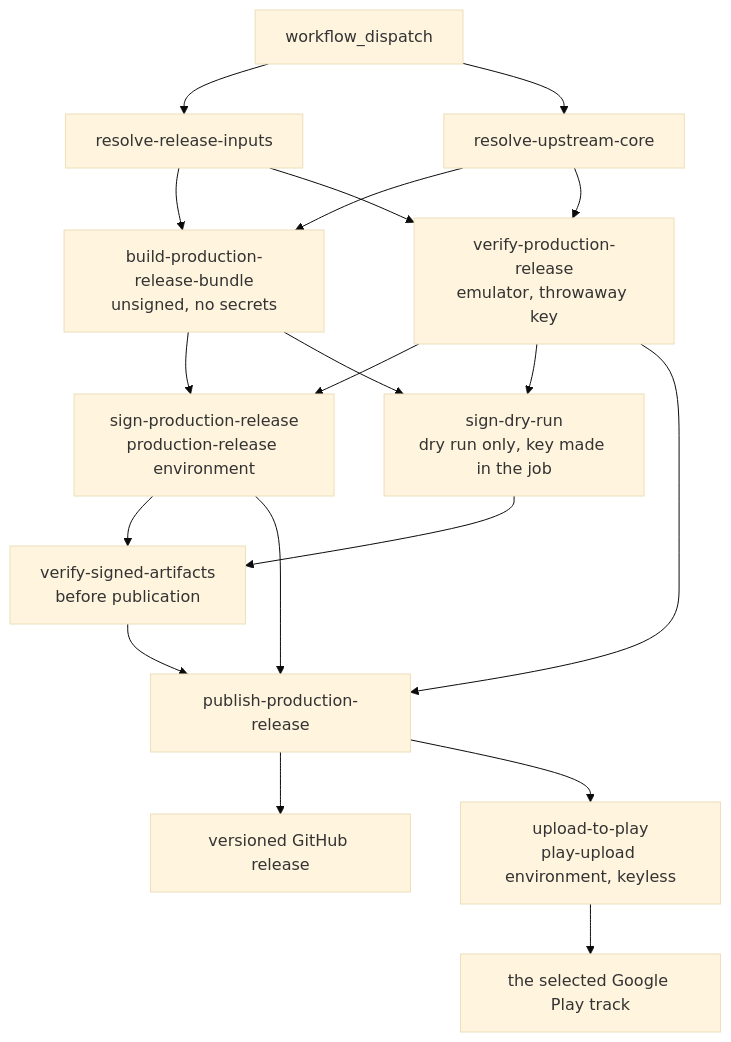
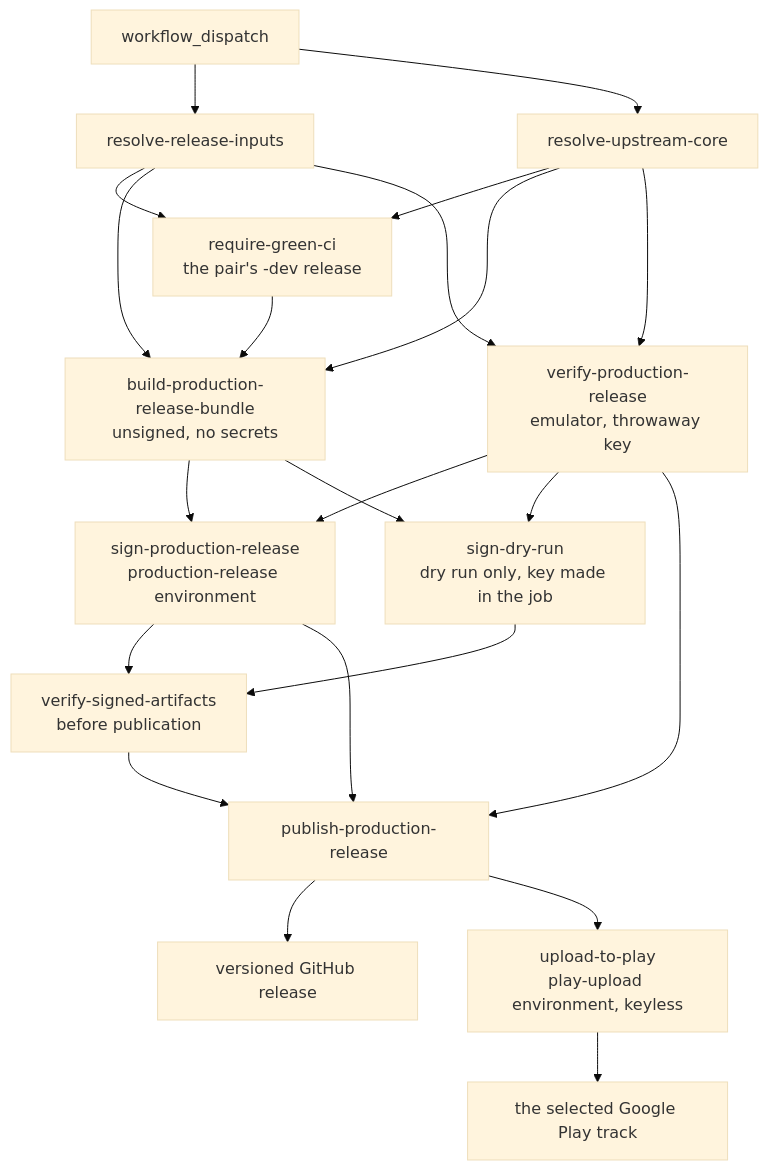
Before and after one commit to ppigazzini/r47zen: the second of 2 diagrams in android/docs/dev/07-ci-and-release-workflow.md, drawn with Mermaid (base theme). The commit also changed other lines of this file and 6 other files, not shown here.

````diff
--- a/android/docs/dev/07-ci-and-release-workflow.md
+++ b/android/docs/dev/07-ci-and-release-workflow.md
@@ -693,34 +693,38 @@
 ```mermaid
 flowchart TD
   A[workflow_dispatch]
   B[resolve-release-inputs]
   C[resolve-upstream-core]
+  G[require-green-ci<br/>the pair's -dev release]
   E[build-production-release-bundle<br/>unsigned, no secrets]
   S[sign-production-release<br/>production-release environment]
   D[sign-dry-run<br/>dry run only, key made in the job]
   V[verify-production-release<br/>emulator, throwaway key]
   W[verify-signed-artifacts<br/>before publication]
   I[publish-production-release]
   J[versioned GitHub release]
   P[upload-to-play<br/>play-upload environment, keyless]
   K[the selected Google Play track]
 
   A --> B
   A --> C
+  B --> G
+  C --> G
+  G --> E
   B --> E
   C --> E
   E --> S
   E --> D
   B --> V
   C --> V
   V --> S
   V --> D
   S --> W
   D --> W
   S --> I
   V --> I
   W --> I
   I --> J
   I --> P
   P --> K
 ```
````
